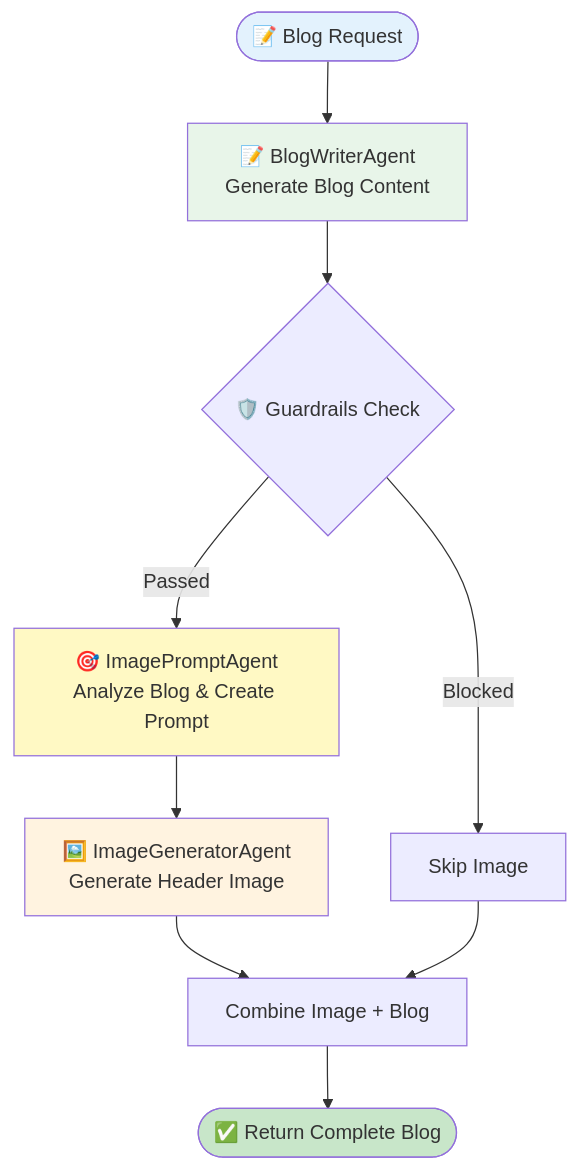
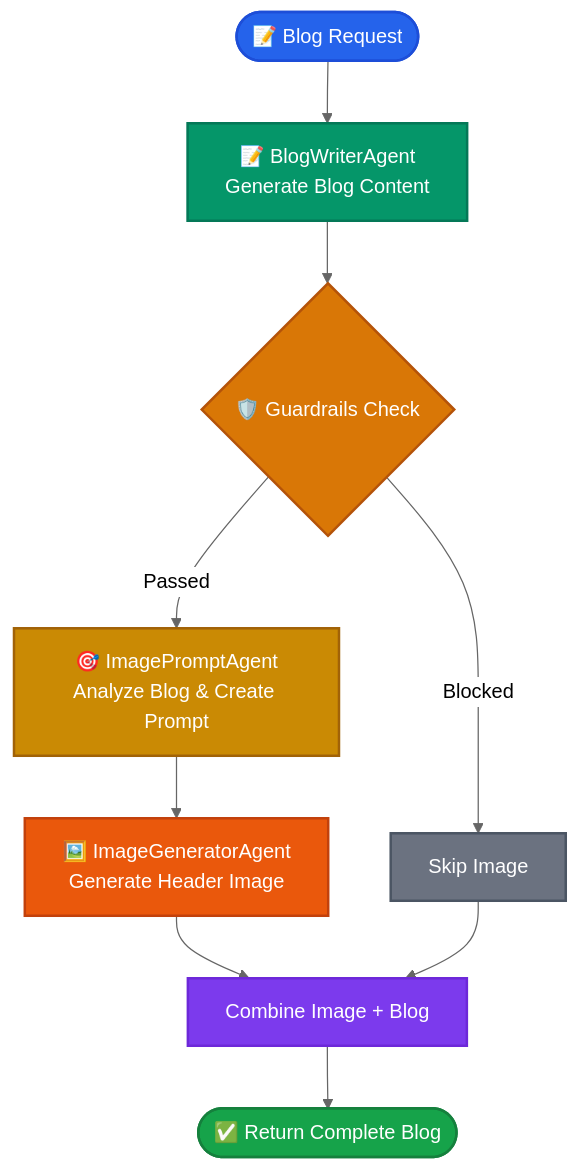
One commit to jayanthanantharaman/reach changed the second of 3 diagrams in docs/langgraph_flowchart.md. Above: the diagram before and after it, drawn with Mermaid. The commit also changed other lines of this file and 2 other files, not shown here.

Commit message:
REACH - Update mermaid diagrams

````diff
--- a/docs/langgraph_flowchart.md
+++ b/docs/langgraph_flowchart.md
@@ -120,17 +129,21 @@
 ```mermaid
+%%{init: {'theme': 'neutral'}}%%
 flowchart TD
     START([📝 Blog Request]) --> WRITE[📝 BlogWriterAgent<br/>Generate Blog Content]
     WRITE --> CHECK{🛡️ Guardrails Check}
     CHECK -->|Blocked| SKIP[Skip Image]
     CHECK -->|Passed| PROMPT[🎯 ImagePromptAgent<br/>Analyze Blog & Create Prompt]
     PROMPT --> GENERATE[🖼️ ImageGeneratorAgent<br/>Generate Header Image]
     GENERATE --> COMBINE[Combine Image + Blog]
     SKIP --> COMBINE
     COMBINE --> RETURN([✅ Return Complete Blog])
     
-    style START fill:#e3f2fd
-    style WRITE fill:#e8f5e9
-    style PROMPT fill:#fff9c4
-    style GENERATE fill:#fff3e0
-    style RETURN fill:#c8e6c9
+    style START fill:#2563eb,stroke:#1d4ed8,stroke-width:2px,color:#fff
+    style WRITE fill:#059669,stroke:#047857,stroke-width:2px,color:#fff
+    style CHECK fill:#d97706,stroke:#b45309,stroke-width:2px,color:#fff
+    style SKIP fill:#6b7280,stroke:#4b5563,stroke-width:2px,color:#fff
+    style PROMPT fill:#ca8a04,stroke:#a16207,stroke-width:2px,color:#fff
+    style GENERATE fill:#ea580c,stroke:#c2410c,stroke-width:2px,color:#fff
+    style COMBINE fill:#7c3aed,stroke:#6d28d9,stroke-width:2px,color:#fff
+    style RETURN fill:#16a34a,stroke:#15803d,stroke-width:2px,color:#fff
 ```
````
